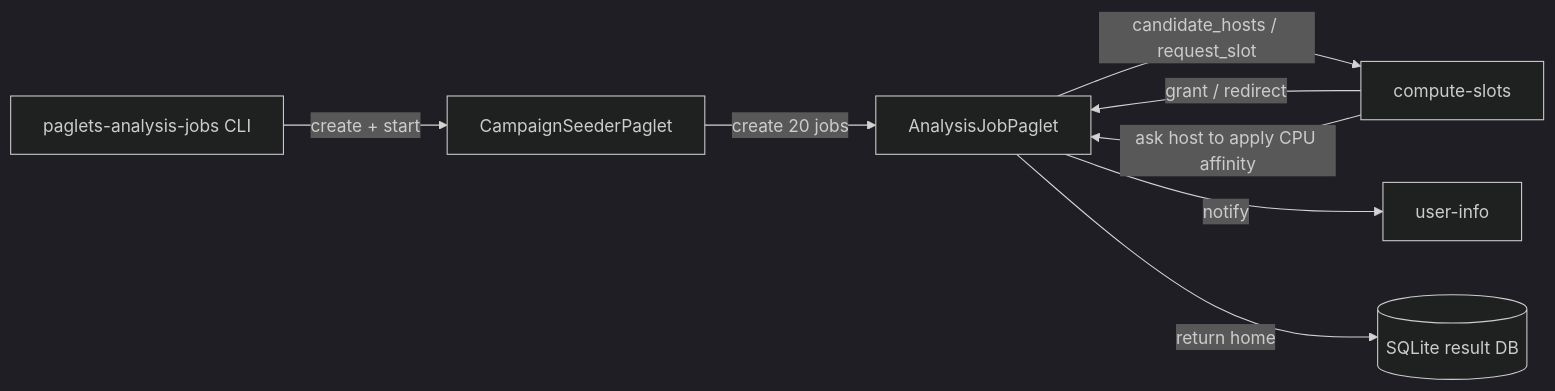
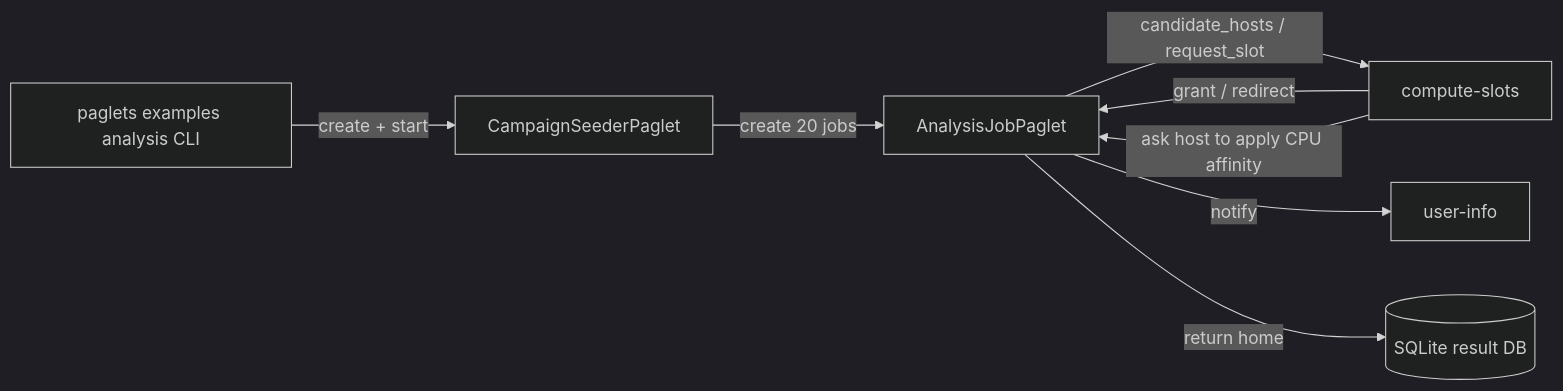
Before and after one commit to cklukas/paglets: the first of 4 diagrams in docs/examples/analysis-jobs.md, drawn with Mermaid (dark theme). The commit also changed other lines of this file and 39 other files, not shown here.

````diff
--- a/docs/examples/analysis-jobs.md
+++ b/docs/examples/analysis-jobs.md
@@ -47,17 +47,17 @@
 ```mermaid
 flowchart LR
-    CLI["paglets-analysis-jobs CLI"]
+    CLI["paglets examples analysis CLI"]
     Seeder["CampaignSeederPaglet"]
     Job["AnalysisJobPaglet"]
     Slots["compute-slots"]
     Info["user-info"]
     DB[("SQLite result DB")]
 
     CLI -->|"create + start"| Seeder
     Seeder -->|"create 20 jobs"| Job
     Job -->|"candidate_hosts / request_slot"| Slots
     Slots -->|"grant / redirect"| Job
     Slots -->|"ask host to apply CPU affinity"| Job
     Job -->|"notify"| Info
     Job -->|"return home"| DB
 ```
````
